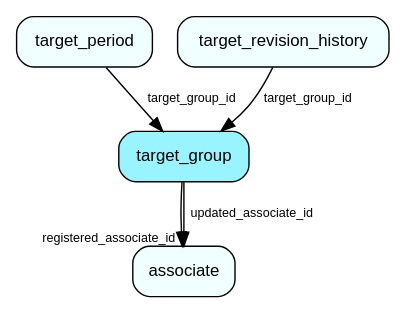
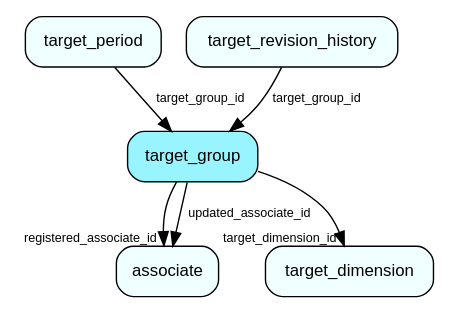
One commit to SuperOfficeDocs/superoffice-docs changed the diagram in docs/database/tables/media/target_group.dot. Above: the diagram before and after it, drawn with Graphviz. The commit also changed 16053 other files, not shown here.

```diff
--- a/docs/database/tables/media/target_group.dot
+++ b/docs/database/tables/media/target_group.dot
@@ -1,13 +1,15 @@
 digraph target_group  {
 node [shape = box style="rounded, filled" fontname = "Helvetica" fontsize = "12" ]
 edge [fontname = "Helvetica" fontsize = "9"]
 
 target_group[fillcolor = "cadetblue1"]
 associate[fillcolor = "azure1"]
+target_dimension[fillcolor = "azure1"]
 target_period[fillcolor = "azure1"]
 target_revision_history[fillcolor = "azure1"]
 target_group -> associate [headlabel = "registered_associate_id"]
 target_group -> associate [label = "updated_associate_id"]
+target_group -> target_dimension [headlabel = "target_dimension_id"]
 target_period -> target_group [label = "target_group_id"]
 target_revision_history -> target_group [label = "target_group_id"]
 }
```
